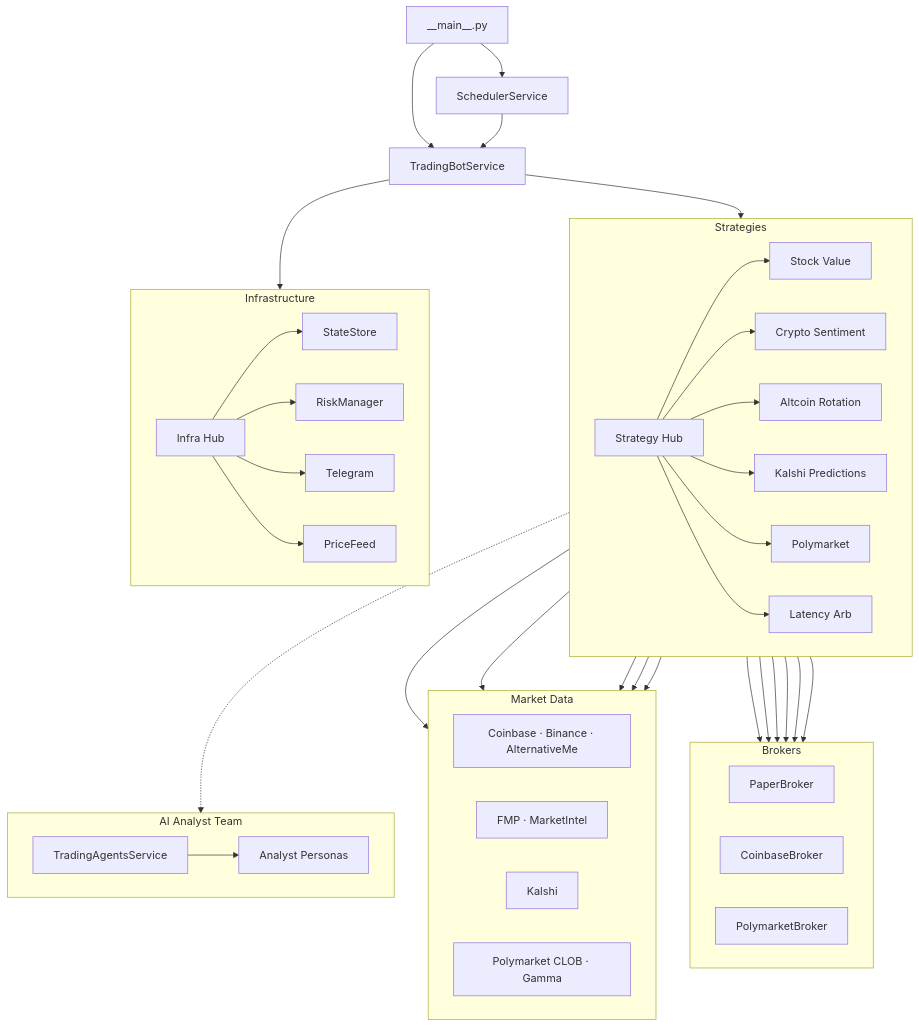
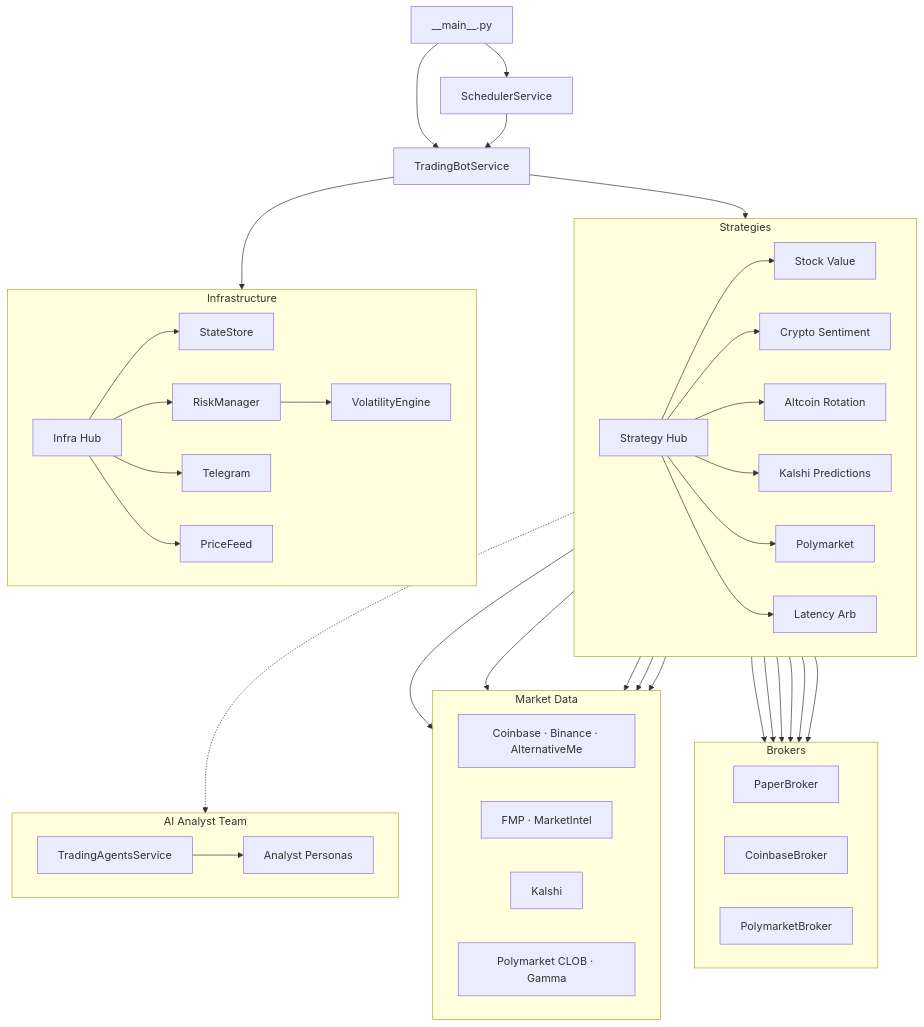
Before and after one commit to sherifconteh-collab/Zulubot: the first of 5 diagrams in README.md, drawn with Mermaid. The commit also changed other lines of this file and 1 other file, not shown here.

First line of the commit message:
Update README and .env.example for volatility targeting

````diff
--- a/README.md
+++ b/README.md
@@ -7,74 +7,76 @@
 ```mermaid
 flowchart TB
     MAIN["__main__.py"] --> SVC["TradingBotService"]
     MAIN --> SCHED["SchedulerService"] --> SVC
 
     subgraph Strategies
         direction LR
         STRAT["Strategy Hub"]
         STK["Stock Value"]
         CRY["Crypto Sentiment"]
         ROT["Altcoin Rotation"]
         PRED["Kalshi Predictions"]
         POLY["Polymarket"]
         LARB["Latency Arb"]
     end
 
     SVC --> STRAT
     STRAT --> STK
     STRAT --> CRY
     STRAT --> ROT
     STRAT --> PRED
     STRAT --> POLY
     STRAT --> LARB
 
     subgraph Brokers
         direction LR
         PB["PaperBroker"]
         CB["CoinbaseBroker"]
         PMB["PolymarketBroker"]
     end
 
     STK --> PB
     CRY --> CB
     ROT --> CB
     PRED --> PB
     POLY --> PMB
     LARB --> PB
 
     subgraph Data["Market Data"]
         direction LR
         D_CB["Coinbase · Binance · AlternativeMe"]
         D_FMP["FMP · MarketIntel"]
         D_KAL["Kalshi"]
         D_POLY["Polymarket CLOB · Gamma"]
     end
 
     CRY --> D_CB
     STK --> D_FMP
     PRED --> D_KAL
     LARB --> D_KAL
     POLY --> D_POLY
 
     subgraph AI["AI Analyst Team"]
         direction LR
         TAS["TradingAgentsService"] --> PER["Analyst Personas"]
     end
 
     Strategies -.-> AI
 
     subgraph Infra["Infrastructure"]
         direction LR
         INFRA["Infra Hub"]
         STATE["StateStore"]
         RISK["RiskManager"]
+        VOL["VolatilityEngine"]
         TG["Telegram"]
         FEED["PriceFeed"]
     end
 
     SVC --> INFRA
     INFRA --> STATE
     INFRA --> RISK
+    RISK --> VOL
     INFRA --> TG
     INFRA --> FEED
 ```
````
